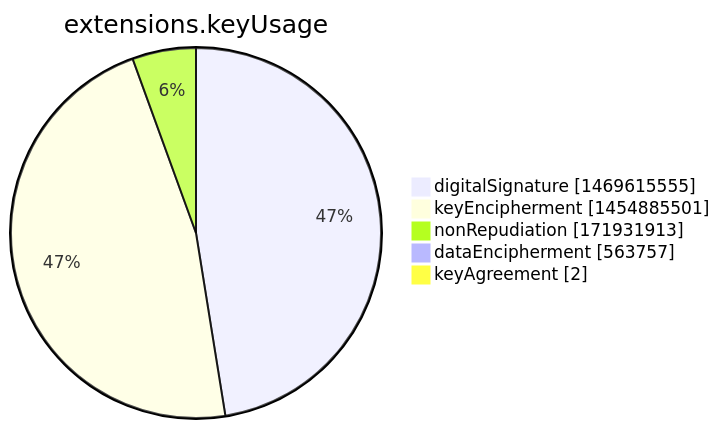
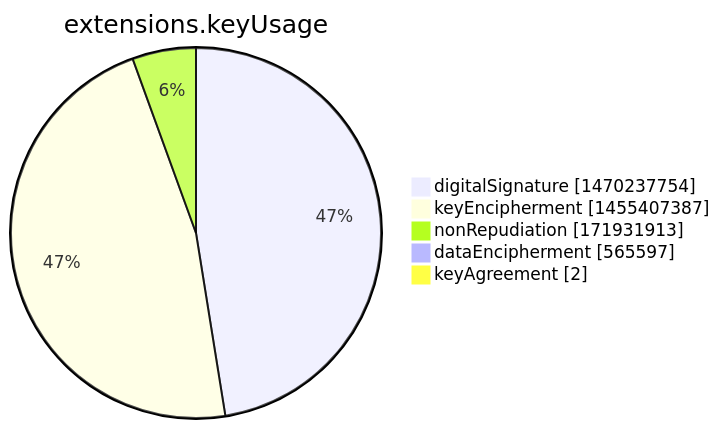
One commit to christiankrug/ctmonitor_visualization changed the seventh of 15 diagrams in argon2022/README.md. Above: the diagram before and after it, drawn with Mermaid. The commit also changed other lines of this file, not shown here.

````diff
--- a/argon2022/README.md
+++ b/argon2022/README.md
@@ -2751,9 +2751,9 @@
 ```mermaid
 pie showData
 title extensions.keyUsage
-"digitalSignature" :1469615555
-"keyEncipherment" :1454885501
+"digitalSignature" :1470237754
+"keyEncipherment" :1455407387
 "nonRepudiation" :171931913
-"dataEncipherment" :563757
+"dataEncipherment" :565597
 "keyAgreement" :2
 ```
````
